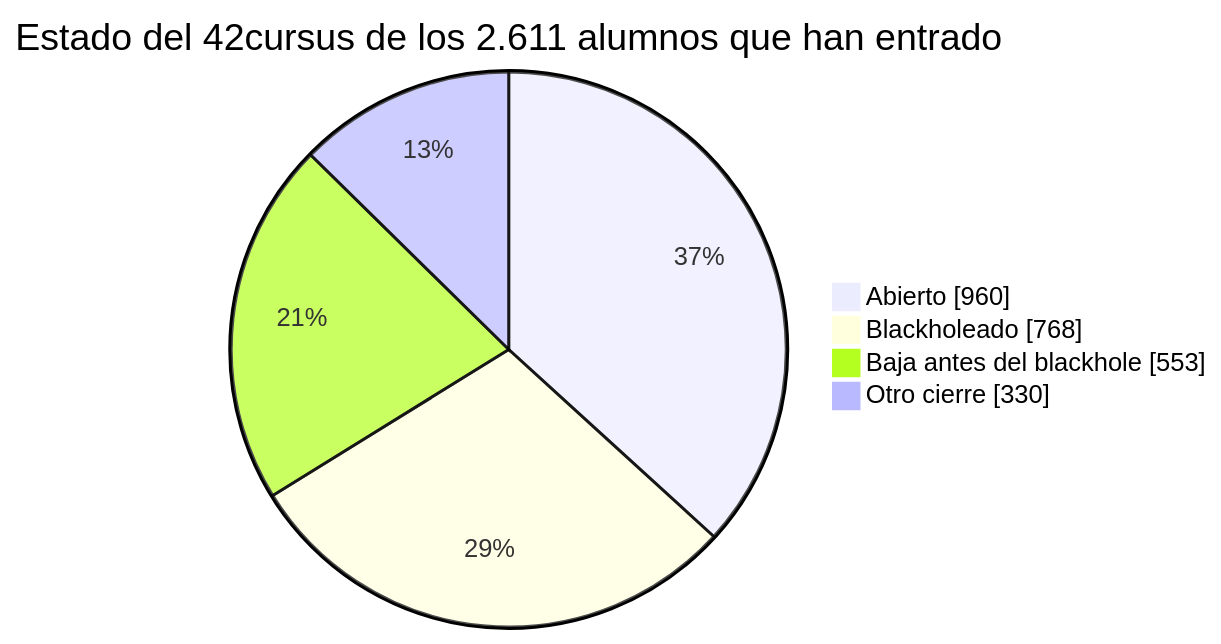
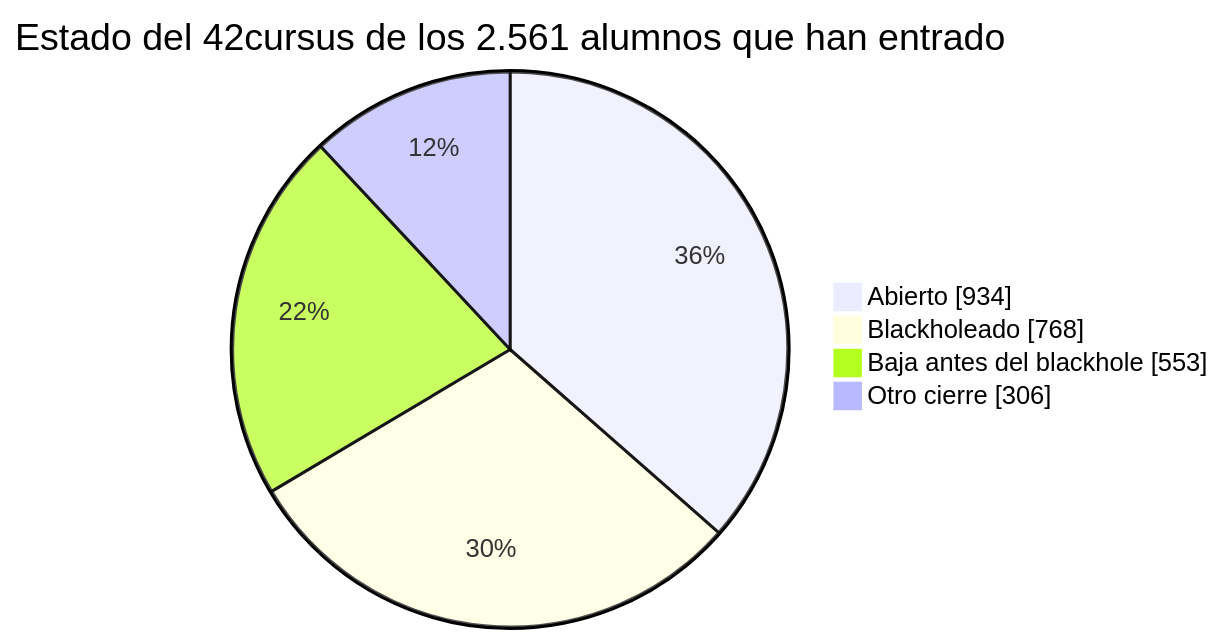
Before and after one commit to jzelada97/42stats: the diagram in docs/POC.md, drawn with Mermaid. The commit also changed other lines of this file and 1 other file, not shown here.

First line of the commit message:
docs: el POC solo cuenta alumnos del 42cursus y explica a quién se cuenta

````diff
--- a/docs/POC.md
+++ b/docs/POC.md
@@ -40,7 +41,7 @@
 ```mermaid
-pie showData title Estado del 42cursus de los 2.611 alumnos que han entrado
-    "Abierto" : 960
+pie showData title Estado del 42cursus de los 2.561 alumnos que han entrado
+    "Abierto" : 934
     "Blackholeado" : 768
     "Baja antes del blackhole" : 553
-    "Otro cierre" : 330
+    "Otro cierre" : 306
 ```
````
